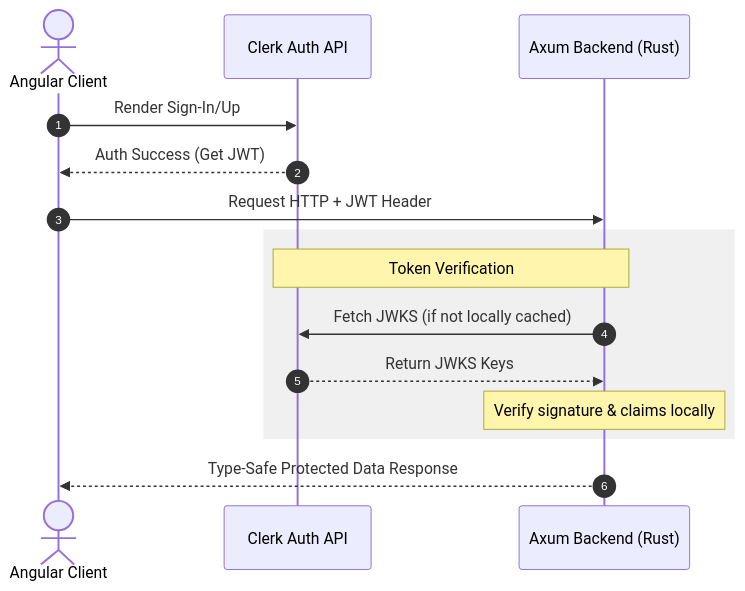
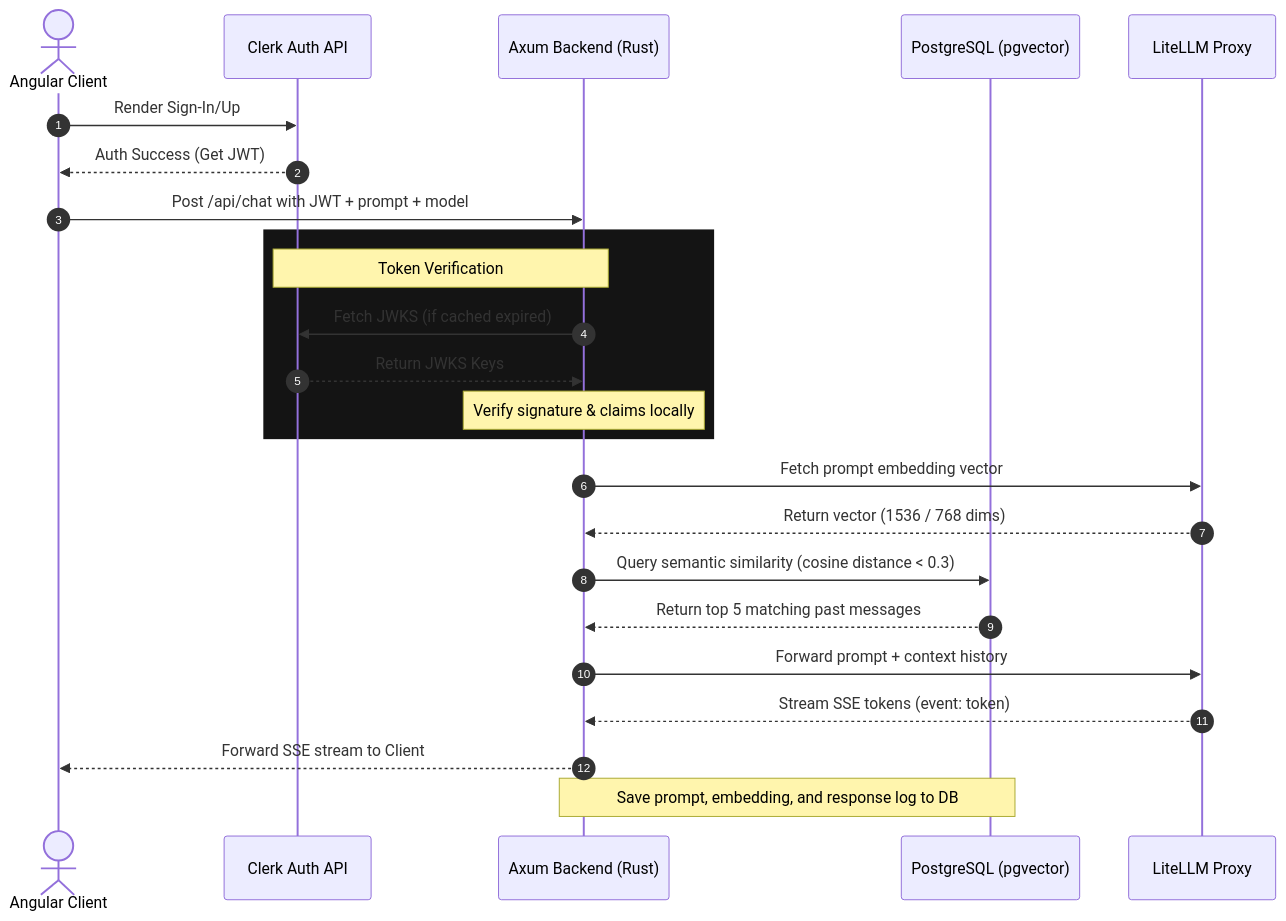
The diagram in README.md (jvalsesia/angular-rust-clerk), drawn with Mermaid before and after one commit. The commit also changed other lines of this file, not shown here.

Commit message:
docs: update README with AI-focused architecture, pgvector/LiteLLM integration, and Docker setup instructions

````diff
--- a/README.md
+++ b/README.md
@@ -24,18 +35,27 @@
 ```mermaid
 sequenceDiagram
     autonumber
     actor Client as Angular Client
     participant Clerk as Clerk Auth API
     participant Backend as Axum Backend (Rust)
+    participant DB as PostgreSQL (pgvector)
+    participant LiteLLM as LiteLLM Proxy
 
     Client->>Clerk: Render Sign-In/Up
     Clerk-->>Client: Auth Success (Get JWT)
-    Client->>Backend: Request HTTP + JWT Header
-    rect rgb(240, 240, 240)
+    Client->>Backend: Post /api/chat with JWT + prompt + model
+    rect rgb(20, 20, 20)
         Note over Clerk, Backend: Token Verification
-        Backend->>Clerk: Fetch JWKS (if not locally cached)
+        Backend->>Clerk: Fetch JWKS (if cached expired)
         Clerk-->>Backend: Return JWKS Keys
         Note over Backend: Verify signature & claims locally
     end
-    Backend-->>Client: Type-Safe Protected Data Response
+    Backend->>LiteLLM: Fetch prompt embedding vector
+    LiteLLM-->>Backend: Return vector (1536 / 768 dims)
+    Backend->>DB: Query semantic similarity (cosine distance < 0.3)
+    DB-->>Backend: Return top 5 matching past messages
+    Backend->>LiteLLM: Forward prompt + context history
+    LiteLLM-->>Backend: Stream SSE tokens (event: token)
+    Backend-->>Client: Forward SSE stream to Client
+    Note over Backend, DB: Save prompt, embedding, and response log to DB
 ```
````
